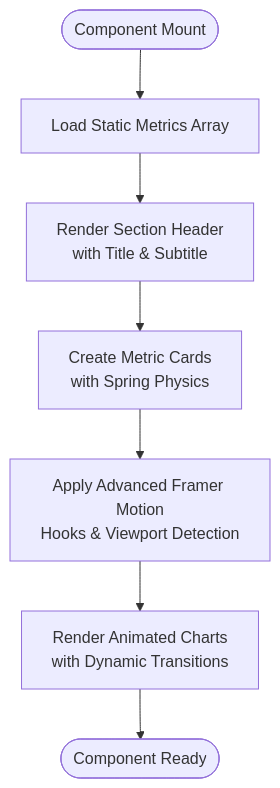
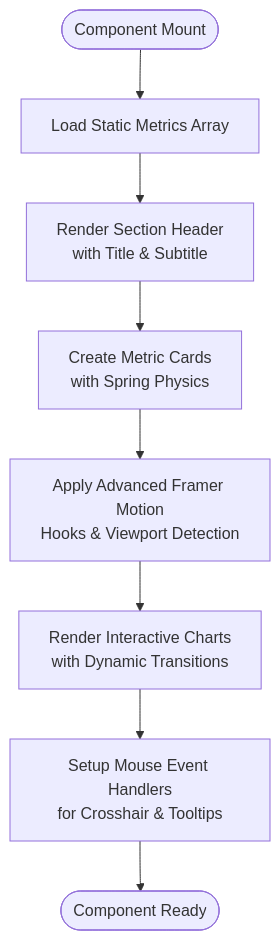
Before and after one commit to subash7781/Portfolio: the second of 7 diagrams in .qoder/repowiki/en/content/Component Library & UI Elements/ImpactSection Component.md, drawn with Mermaid. The commit also changed other lines of this file and 8 other files, not shown here.

````diff
--- a/.qoder/repowiki/en/content/Component Library & UI Elements/ImpactSection Component.md
+++ b/.qoder/repowiki/en/content/Component Library & UI Elements/ImpactSection Component.md
@@ -83,9 +90,10 @@
 ```mermaid
 flowchart TD
 Start(["Component Mount"]) --> LoadData["Load Static Metrics Array"]
 LoadData --> RenderHeader["Render Section Header<br/>with Title & Subtitle"]
 RenderHeader --> CreateCards["Create Metric Cards<br/>with Spring Physics"]
 CreateCards --> ApplyAnimations["Apply Advanced Framer Motion<br/>Hooks & Viewport Detection"]
-ApplyAnimations --> RenderCharts["Render Animated Charts<br/>with Dynamic Transitions"]
-RenderCharts --> End(["Component Ready"])
+ApplyAnimations --> RenderCharts["Render Interactive Charts<br/>with Dynamic Transitions"]
+RenderCharts --> SetupHover["Setup Mouse Event Handlers<br/>for Crosshair & Tooltips"]
+SetupHover --> End(["Component Ready"])
 ```
````
